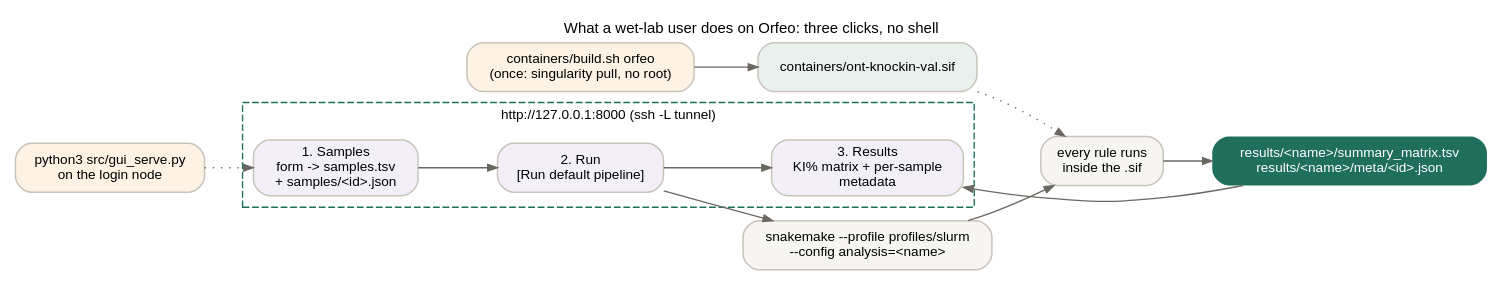
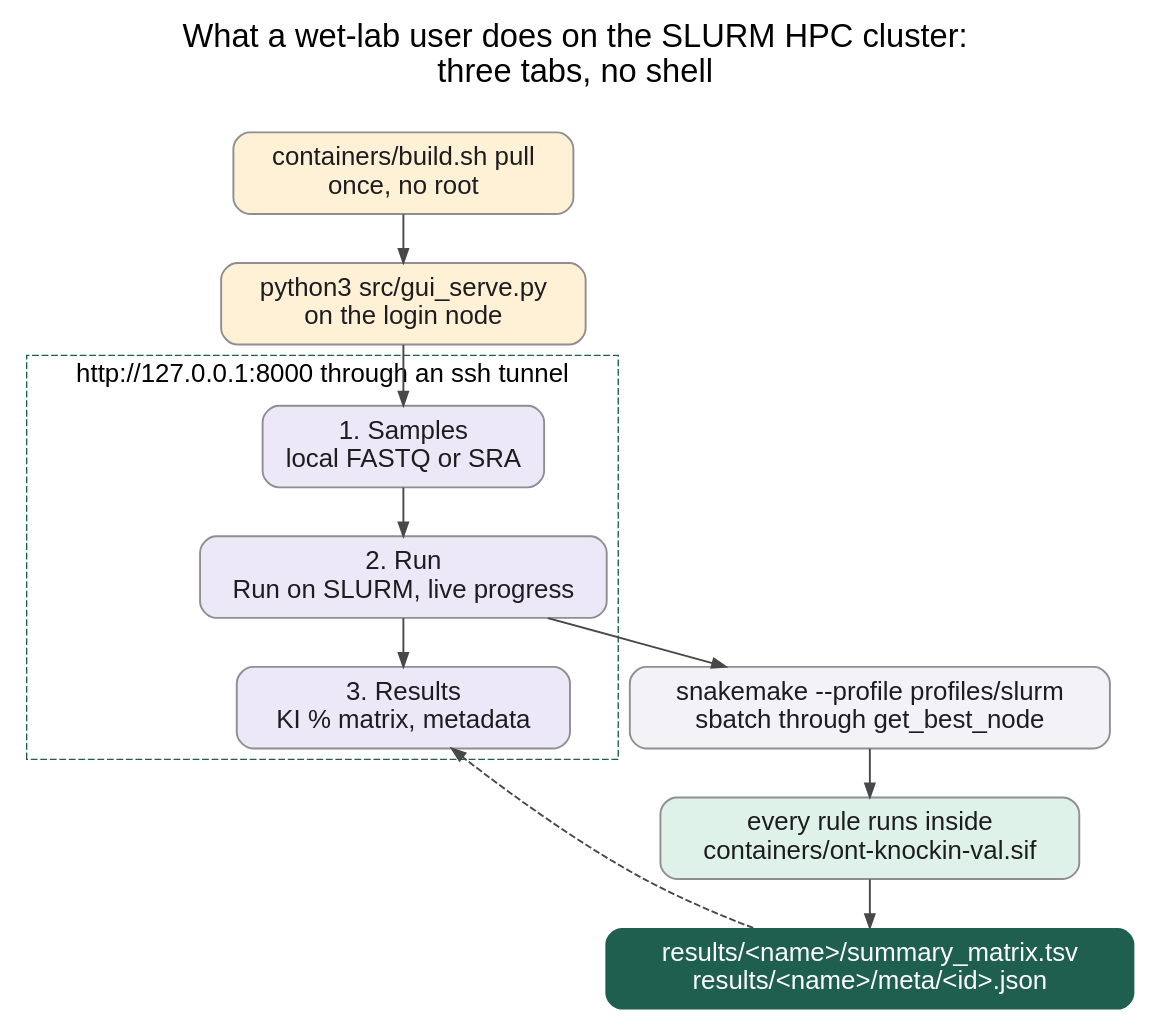
The diagram in docs/diagrams/06_console.dot (ssenci97/ONT-CRISPR-knock-in), drawn with Graphviz before and after one commit. The commit also changed 27 other files, not shown here.

```diff
--- a/docs/diagrams/06_console.dot
+++ b/docs/diagrams/06_console.dot
@@ -1,24 +1,21 @@
 digraph console {
-  graph [rankdir=LR, bgcolor="white", fontname="Helvetica", fontsize=11, labelloc=t,
-         label="What a wet-lab user does on Orfeo: three clicks, no shell"];
-  node [fontname="Helvetica", fontsize=10, shape=box, style="rounded,filled", color="#c9c4bb", penwidth=1.1];
-  edge [color="#6b6862", arrowsize=0.7];
+  graph [rankdir=TB, bgcolor="white", fontname="Helvetica", fontsize=24, labelloc=t, nodesep=0.35, ranksep=0.5,
+         label="What a wet-lab user does on the SLURM HPC cluster:\nthree tabs, no shell\n "];
+  node [fontname="Helvetica", fontsize=19, shape=box, style="rounded,filled", color="#8e8e93", penwidth=1.4, fontcolor="#1d1d1f", margin="0.2,0.12"];
+  edge [color="#48484a", arrowsize=1.0, penwidth=1.4];
 
-  build [label="containers/build.sh orfeo\n(once: singularity pull, no root)", fillcolor="#fdf2e3"];
-  sif [label="containers/ont-knockin-val.sif", fillcolor="#e8f1ee"];
-  build -> sif;
+  build [label="containers/build.sh pull\nonce, no root", fillcolor="#fff1d6"];
+  serve [label="python3 src/gui_serve.py\non the login node", fillcolor="#fff1d6"];
+  subgraph cluster_gui {
+    label="http://127.0.0.1:8000 through an ssh tunnel"; fontname="Helvetica"; fontsize=19; color="#1f5f4f"; style=dashed;
+    t1 [label="1. Samples\nlocal FASTQ or SRA", fillcolor="#ece8f7"];
+    t2 [label="2. Run\nRun on SLURM, live progress", fillcolor="#ece8f7"];
+    t3 [label="3. Results\nKI % matrix, metadata", fillcolor="#ece8f7"];
+  }
+  sb [label="snakemake --profile profiles/slurm\nsbatch through get_best_node", fillcolor="#f2f2f7"];
+  sif [label="every rule runs inside\ncontainers/ont-knockin-val.sif", fillcolor="#dff2ea"];
+  out [label="results/<name>/summary_matrix.tsv\nresults/<name>/meta/<id>.json", fillcolor="#1f5f4f", fontcolor="white", penwidth=0];
 
-  serve [label="python3 src/gui_serve.py\non the login node", fillcolor="#fdf2e3"];
-  subgraph cluster_gui {
-    label="http://127.0.0.1:8000 (ssh -L tunnel)"; fontname="Helvetica"; fontsize=10; color="#1f6f5c"; style=dashed;
-    t1 [label="1. Samples\nform -> samples.tsv\n+ samples/<id>.json", fillcolor="#f2eff9"];
-    t2 [label="2. Run\n[Run default pipeline]", fillcolor="#f2eff9"];
-    t3 [label="3. Results\nKI% matrix + per-sample\nmetadata", fillcolor="#f2eff9"];
-  }
-  serve -> t1 [style=dotted]; t1 -> t2 -> t3;
-
-  sb [label="snakemake --profile profiles/slurm\n--config analysis=<name>", fillcolor="#f6f5f2"];
-  steps [label="every rule runs\ninside the .sif", fillcolor="#f6f5f2"];
-  out [label="results/<name>/summary_matrix.tsv\nresults/<name>/meta/<id>.json", fillcolor="#1f6f5c", fontcolor="white", penwidth=0];
-  t2 -> sb -> steps -> out; sif -> steps [style=dotted]; out -> t3 [constraint=false];
+  build -> serve -> t1; t1 -> t2 -> t3;
+  t2 -> sb -> sif -> out; out -> t3 [constraint=false, style=dashed];
 }
```
